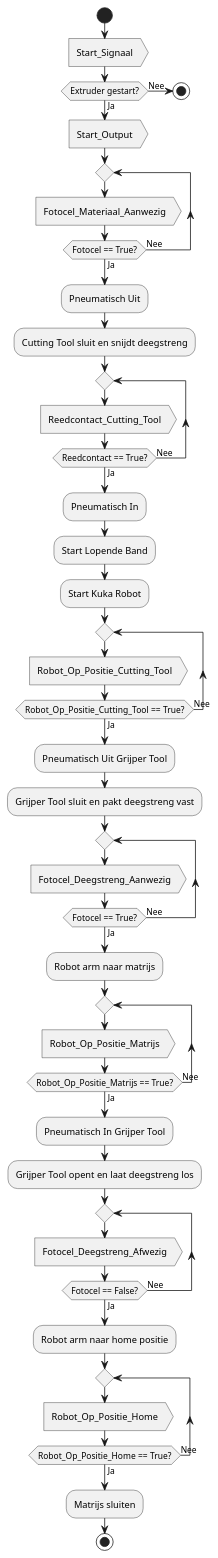
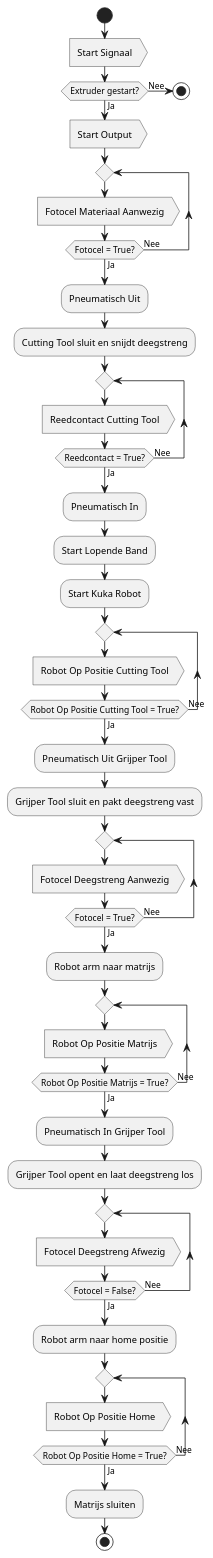
One commit to ProcessSafetyLFTGroup/GroupAssignment changed the second of 2 diagrams in src/2_Handling_Process.md. Above: the diagram before and after it, drawn with PlantUML.

Commit message:
Update 2_Handling_Process.md
flowchart aangepast

````diff
--- a/src/2_Handling_Process.md
+++ b/src/2_Handling_Process.md
@@ -66,48 +66,49 @@
 ```plantuml
 @startuml Proces diagram
 
 start
 
-:Start_Signaal>
+:Start Signaal>
 if (Extruder gestart?) then (Ja)
-    :Start_Output>
+    :Start Output>
 else (Nee)
     stop
 endif
 
 repeat
-    :Fotocel_Materiaal_Aanwezig>
-    repeat while (Fotocel == True?) is (Nee) not (Ja)
+    :Fotocel Materiaal Aanwezig>
+    repeat while (Fotocel = True?) is (Nee) not (Ja)
         :Pneumatisch Uit;
         :Cutting Tool sluit en snijdt deegstreng;
 repeat
-    :Reedcontact_Cutting_Tool>
-    repeat while (Reedcontact == True?) is (Nee) not (Ja)
+    :Reedcontact Cutting Tool>
+    repeat while (Reedcontact = True?) is (Nee) not (Ja)
         :Pneumatisch In;
         :Start Lopende Band;
         :Start Kuka Robot;
 repeat
-    :Robot_Op_Positie_Cutting_Tool>
-    repeat while (Robot_Op_Positie_Cutting_Tool == True?) is (Nee) not (Ja)
+    :Robot Op Positie Cutting Tool>
+    repeat while (Robot Op Positie Cutting Tool = True?) is (Nee) not (Ja)
         :Pneumatisch Uit Grijper Tool;
         :Grijper Tool sluit en pakt deegstreng vast;
 repeat
-    :Fotocel_Deegstreng_Aanwezig>
-    repeat while (Fotocel == True?) is (Nee) not (Ja)
+    :Fotocel Deegstreng Aanwezig>
+    repeat while (Fotocel = True?) is (Nee) not (Ja)
         :Robot arm naar matrijs;
 repeat
-    :Robot_Op_Positie_Matrijs>
-    repeat while (Robot_Op_Positie_Matrijs == True?) is (Nee) not (Ja)
+    :Robot Op Positie Matrijs>
+    repeat while (Robot Op Positie Matrijs = True?) is (Nee) not (Ja)
         :Pneumatisch In Grijper Tool;
         :Grijper Tool opent en laat deegstreng los;
 repeat
-    :Fotocel_Deegstreng_Afwezig>
-    repeat while (Fotocel == False?) is (Nee) not (Ja)
+    :Fotocel Deegstreng Afwezig>
+    repeat while (Fotocel = False?) is (Nee) not (Ja)
         :Robot arm naar home positie;
 repeat
-    :Robot_Op_Positie_Home>
-    repeat while (Robot_Op_Positie_Home == True?) is (Nee) not (Ja)
+    :Robot Op Positie Home>
+    repeat while (Robot Op Positie Home = True?) is (Nee) not (Ja)
         :Matrijs sluiten;
 stop
 @enduml
+
 ```
````
